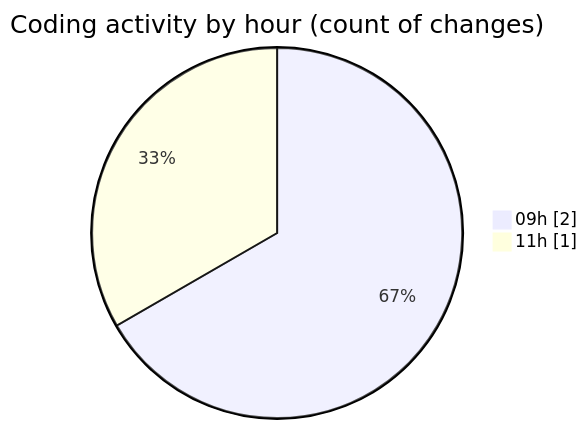
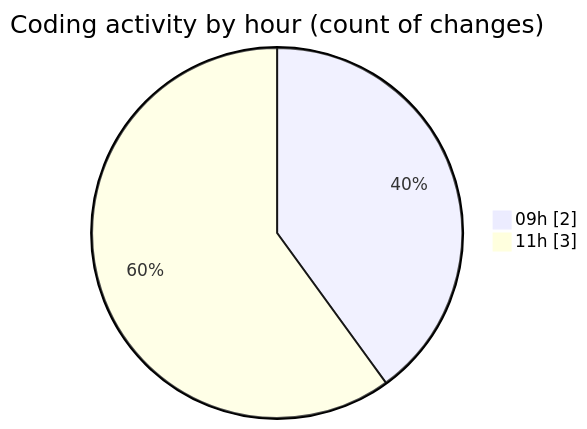
The second of 2 diagrams in 2025-11-10/eventscop-frontend-guide__workspace_/README.md (julien-gomy/code-tracking), drawn with Mermaid before and after one commit. The commit also changed other lines of this file and 1 other file, not shown here.

````diff
--- a/2025-11-10/eventscop-frontend-guide__workspace_/README.md
+++ b/2025-11-10/eventscop-frontend-guide__workspace_/README.md
@@ -29,6 +31,6 @@
 ```mermaid
 pie showData
 title Coding activity by hour (count of changes)
 "09h" : 2
-"11h" : 1
+"11h" : 3
 ```
````
